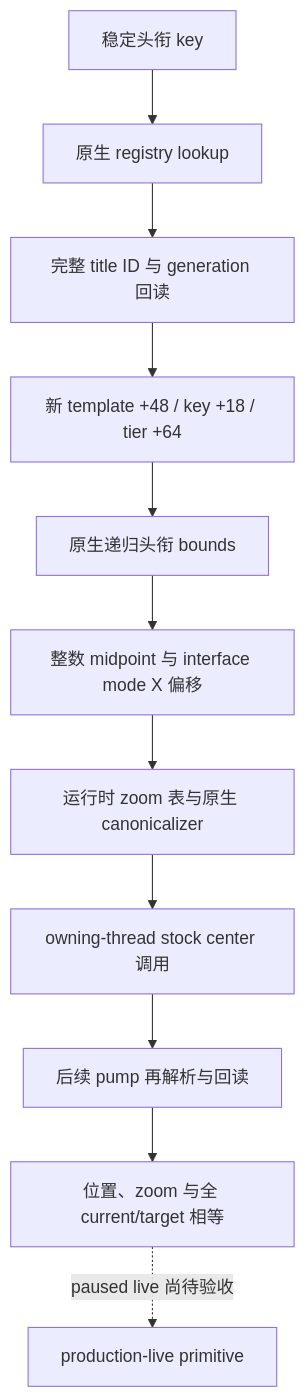
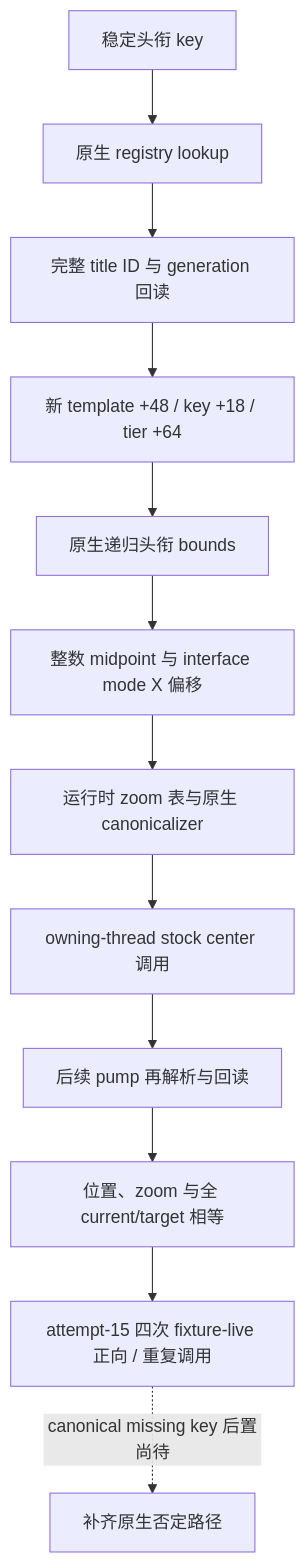
The diagram in docs/ck3-1.20.0.2-title-map-migration.md (XenoAmess/ck3_eternal_recurrence), drawn with Mermaid before and after one commit. The commit also changed other lines of this file and 11 other files, not shown here.

````diff
--- a/docs/ck3-1.20.0.2-title-map-migration.md
+++ b/docs/ck3-1.20.0.2-title-map-migration.md
@@ -25,13 +25,14 @@
 ```mermaid
 flowchart TD
     K[稳定头衔 key] --> L[原生 registry lookup]
     L --> I[完整 title ID 与 generation 回读]
     I --> T[新 template +48 / key +18 / tier +64]
     T --> B[原生递归头衔 bounds]
     B --> P[整数 midpoint 与 interface mode X 偏移]
     P --> Z[运行时 zoom 表与原生 canonicalizer]
     Z --> D[owning-thread stock center 调用]
     D --> R[后续 pump 再解析与回读]
     R --> S[位置、zoom 与全 current/target 相等]
-    S -. paused live 尚待验收 .-> V[production-live primitive]
+    S --> V[attempt-15 四次 fixture-live 正向 / 重复调用]
+    V -. canonical missing key 后置尚待 .-> N[补齐原生否定路径]
 ```
````
